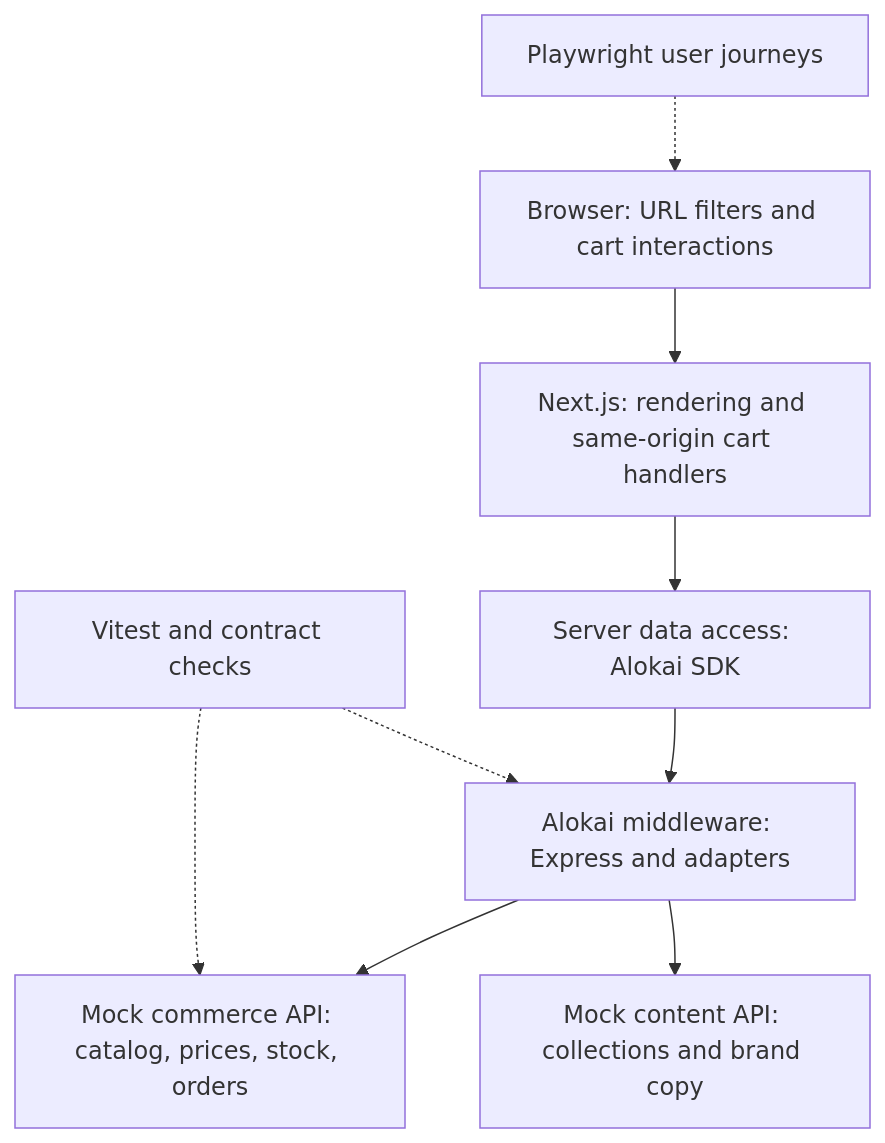
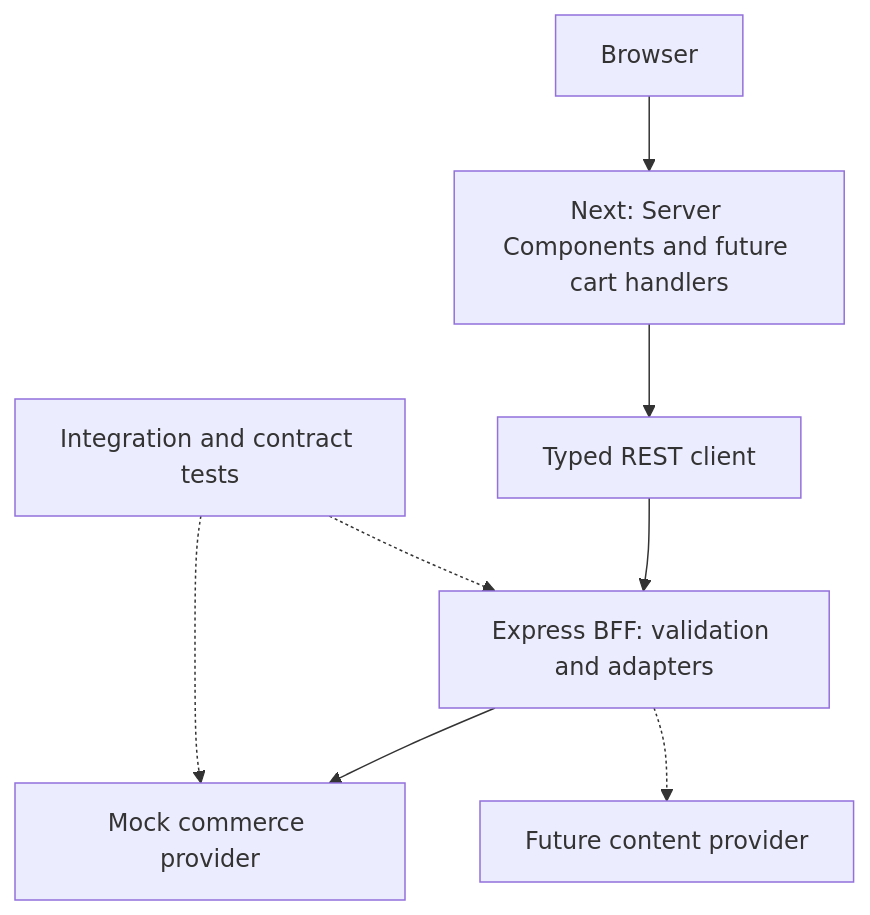
Before and after one commit to RubenHoodESP/atelier-commerce: the diagram in docs/ARCHITECTURE.md, drawn with Mermaid. The commit also changed other lines of this file and 42 other files, not shown here.

Commit message:
feat: replace external integration SDK with typed Express REST BFF

````diff
--- a/docs/ARCHITECTURE.md
+++ b/docs/ARCHITECTURE.md
@@ -7,11 +5,10 @@
 ```mermaid
 flowchart TD
-  U["Browser: URL filters and cart interactions"] --> N["Next.js: rendering and same-origin cart handlers"]
-  N --> S["Server data access: Alokai SDK"]
-  S --> M["Alokai middleware: Express and adapters"]
-  M --> C["Mock commerce API: catalog, prices, stock, orders"]
-  M --> E["Mock content API: collections and brand copy"]
-  T["Vitest and contract checks"] -.-> M
-  T -.-> C
-  P["Playwright user journeys"] -.-> U
+  B["Browser"] --> N["Next: Server Components and future cart handlers"]
+  N --> C["Typed REST client"]
+  C --> E["Express BFF: validation and adapters"]
+  E --> P["Mock commerce provider"]
+  E -.-> F["Future content provider"]
+  T["Integration and contract tests"] -.-> E
+  T -.-> P
 ```
````
